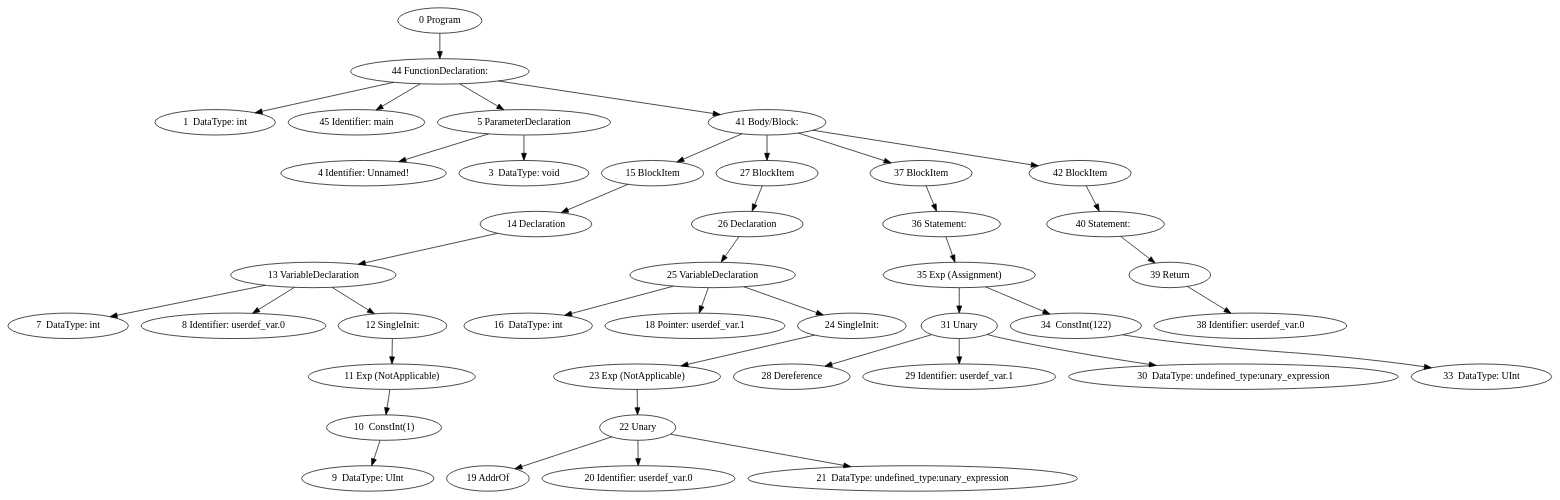
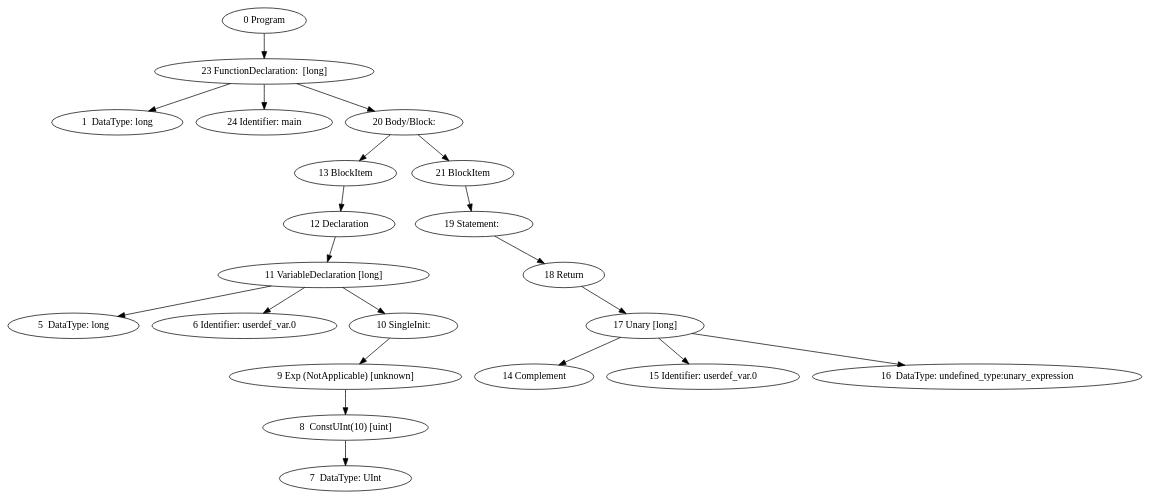
The diagram in abstract_syntax_tree_post_semantic.dot (Thewbi/stm8_asm), drawn with Graphviz before and after one commit. The commit also changed 31 other files, not shown here.

Commit message:
Work on more than one type (int, long)

```diff
--- a/abstract_syntax_tree_post_semantic.dot
+++ b/abstract_syntax_tree_post_semantic.dot
@@ -1,83 +1,43 @@
 digraph {
 0 [label="0 Program"]
-44 [label="44 FunctionDeclaration: "]
-1 [label="1  DataType: int"]
-44 -> 1
-45 [label="45 Identifier: main"]
-44 -> 45
-4 [label="4 Identifier: Unnamed!"]
-3 [label="3  DataType: void"]
-5 [label="5 ParameterDeclaration"]
-5 -> 4
-5 -> 3
-44 -> 5
-41 [label="41 Body/Block: "]
-44 -> 41
-15 [label="15 BlockItem"]
-14 [label="14 Declaration"]
-7 [label="7  DataType: int"]
-8 [label="8 Identifier: userdef_var.0"]
-12 [label="12 SingleInit: "]
-11 [label="11 Exp (NotApplicable)"]
-10 [label="10  ConstInt(1)"]
-9 [label="9  DataType: UInt"]
+23 [label="23 FunctionDeclaration:  [long]"]
+1 [label="1  DataType: long"]
+23 -> 1
+24 [label="24 Identifier: main"]
+23 -> 24
+20 [label="20 Body/Block: "]
+23 -> 20
+13 [label="13 BlockItem"]
+12 [label="12 Declaration"]
+5 [label="5  DataType: long"]
+6 [label="6 Identifier: userdef_var.0"]
+10 [label="10 SingleInit: "]
+9 [label="9 Exp (NotApplicable) [unknown]"]
+8 [label="8  ConstUInt(10) [uint]"]
+7 [label="7  DataType: UInt"]
+8 -> 7
+9 -> 8
 10 -> 9
+11 [label="11 VariableDeclaration [long] "]
+11 -> 5
+11 -> 6
 11 -> 10
 12 -> 11
-13 [label="13 VariableDeclaration"]
-13 -> 7
-13 -> 8
 13 -> 12
-14 -> 13
-15 -> 14
-41 -> 15
-27 [label="27 BlockItem"]
-26 [label="26 Declaration"]
-16 [label="16  DataType: int"]
-18 [label="18 Pointer: userdef_var.1"]
-24 [label="24 SingleInit: "]
-23 [label="23 Exp (NotApplicable)"]
-19 [label="19 AddrOf"]
-20 [label="20 Identifier: userdef_var.0"]
-21 [label="21  DataType: undefined_type:unary_expression"]
-22 [label="22 Unary"]
-22 -> 19
-22 -> 20
-22 -> 21
-23 -> 22
-24 -> 23
-25 [label="25 VariableDeclaration"]
-25 -> 16
-25 -> 18
-25 -> 24
-26 -> 25
-27 -> 26
-41 -> 27
-37 [label="37 BlockItem"]
-35 [label="35 Exp (Assignment)"]
-28 [label="28 Dereference"]
-29 [label="29 Identifier: userdef_var.1"]
-30 [label="30  DataType: undefined_type:unary_expression"]
-31 [label="31 Unary"]
-31 -> 28
-31 -> 29
-31 -> 30
-35 -> 31
-34 [label="34  ConstInt(122)"]
-33 [label="33  DataType: UInt"]
-34 -> 33
-35 -> 34
-36 [label="36 Statement:  "]
-36 -> 35
-37 -> 36
-41 -> 37
-42 [label="42 BlockItem"]
-38 [label="38 Identifier: userdef_var.0"]
-39 [label="39 Return"]
-39 -> 38
-40 [label="40 Statement:  "]
-40 -> 39
-42 -> 40
-41 -> 42
-0 -> 44
+20 -> 13
+21 [label="21 BlockItem"]
+14 [label="14 Complement"]
+15 [label="15 Identifier: userdef_var.0"]
+16 [label="16  DataType: undefined_type:unary_expression"]
+17 [label="17 Unary [long]"]
+17 -> 14
+17 -> 15
+17 -> 16
+18 [label="18 Return"]
+18 -> 17
+19 [label="19 Statement:  "]
+19 -> 18
+21 -> 19
+20 -> 21
+0 -> 23
 }
```
